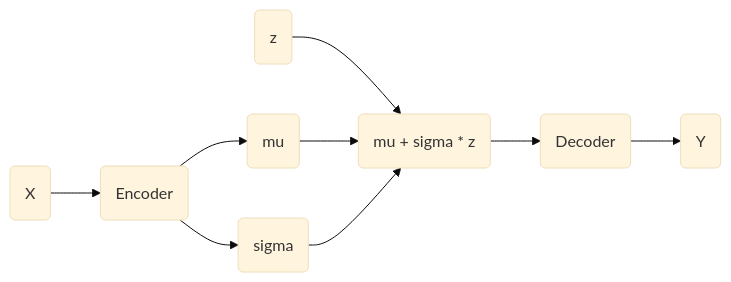
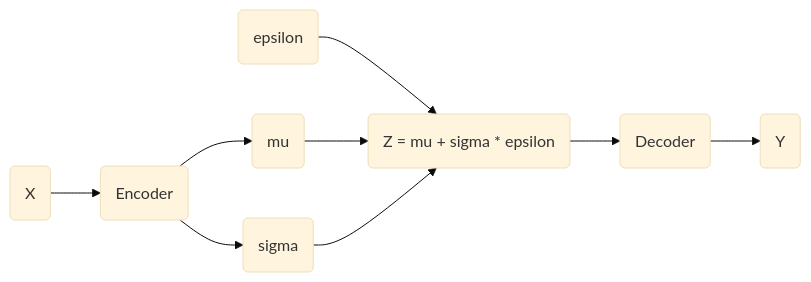
The second of 3 diagrams in ArtificialIntelligence/DeepLearning/autoencoders.md (rhiga2/notes), drawn with Mermaid (base theme) before and after one commit. The commit also changed other lines of this file and 1 other file, not shown here.

````diff
--- a/ArtificialIntelligence/DeepLearning/autoencoders.md
+++ b/ArtificialIntelligence/DeepLearning/autoencoders.md
@@ -62,11 +69,11 @@
 ```mermaid
 flowchart LR
     A(X) --> B(Encoder)
     B --> C(mu)
     B --> D(sigma)
-    F(z) --> E 
-    C --> E(mu + sigma * z)
+    F(epsilon) --> E 
+    C --> E(Z = mu + sigma * epsilon)
     D --> E
     E --> G(Decoder)
     G --> H(Y)
 ```
````
